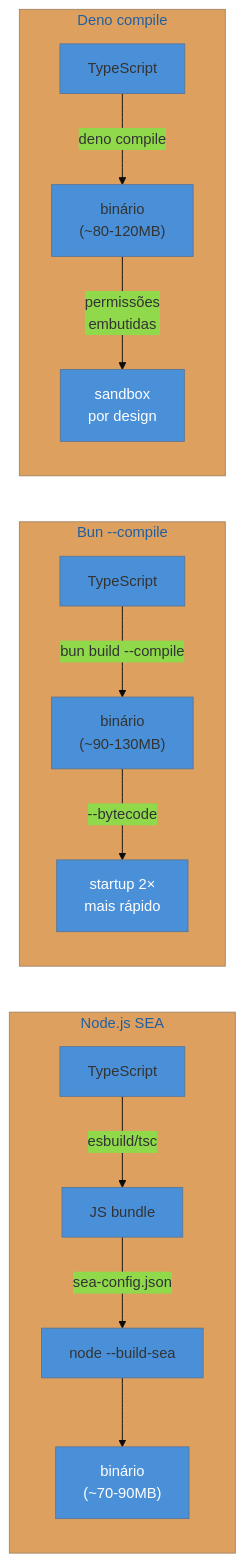
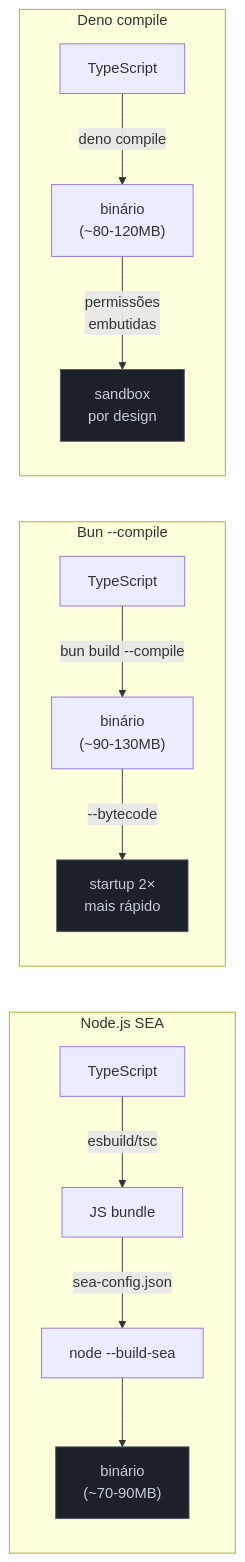
Before and after one commit to josenaldo/codex-technomanticus: the third of 6 diagrams in 03-Dominios/Tecnologia/Tooling e Build/22 - Single Executable Apps (SEA) e empacotamento.md, drawn with Mermaid. The commit also changed other lines of this file and 1181 other files, not shown here.

First line of the commit message:
fix(diagramas): paleta do sistema no lugar de cor cravada no markdown

````diff
--- a/03-Dominios/Tecnologia/Tooling e Build/22 - Single Executable Apps (SEA) e empacotamento.md
+++ b/03-Dominios/Tecnologia/Tooling e Build/22 - Single Executable Apps (SEA) e empacotamento.md
@@ -401,23 +404,23 @@
 ```mermaid
-%%{init: {"theme": "base", "themeVariables": {"primaryColor": "#4A90D9"}}}%%
 flowchart LR
+    classDef neutro fill:#1B2029,stroke:#4E5666,color:#C6CCD8
     subgraph "Node.js SEA"
         N1["TypeScript"] -->|"esbuild/tsc"| N2["JS bundle"]
         N2 -->|"sea-config.json"| N3["node --build-sea"]
         N3 --> N4["binário\n(~70-90MB)"]
     end
 
     subgraph "Bun --compile"
         B1["TypeScript"] -->|"bun build --compile"| B2["binário\n(~90-130MB)"]
         B2 -->|"--bytecode"| B3["startup 2×\nmais rápido"]
     end
 
     subgraph "Deno compile"
         D1["TypeScript"] -->|"deno compile"| D2["binário\n(~80-120MB)"]
         D2 -->|"permissões\nembutidas"| D3["sandbox\npor design"]
     end
 
-    style N4 fill:#4A90D9,color:#fff
-    style B3 fill:#4A90D9,color:#fff
-    style D3 fill:#4A90D9,color:#fff
+    class N4 neutro
+    class B3 neutro
+    class D3 neutro
 ```
````
